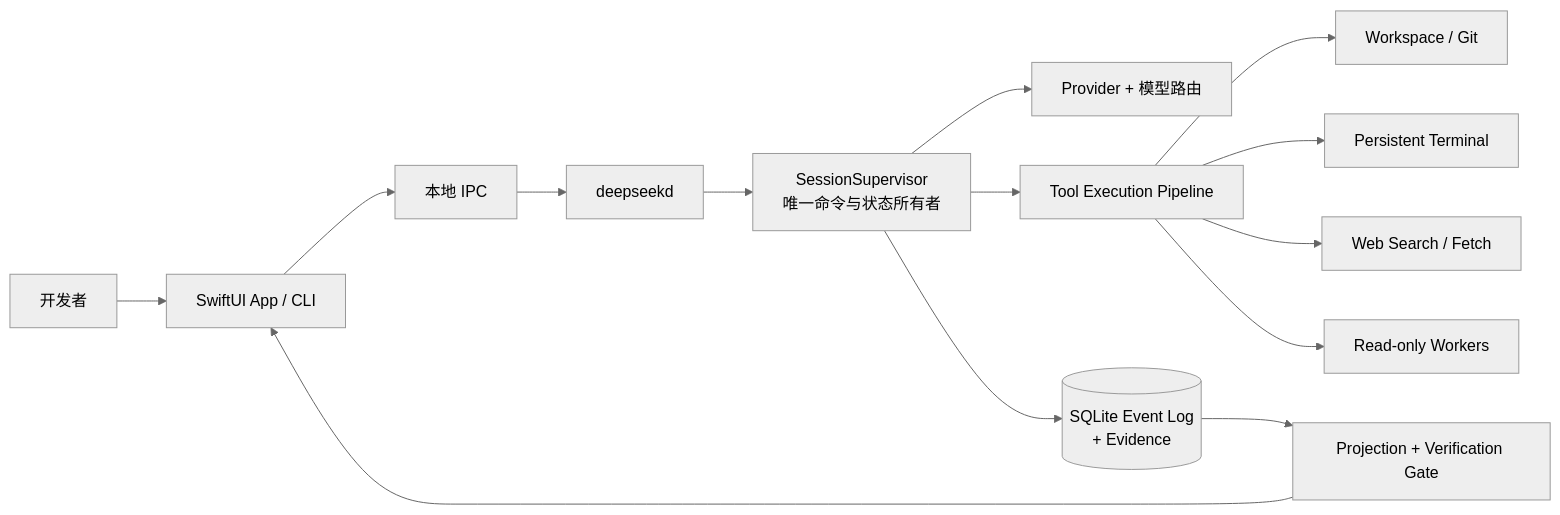
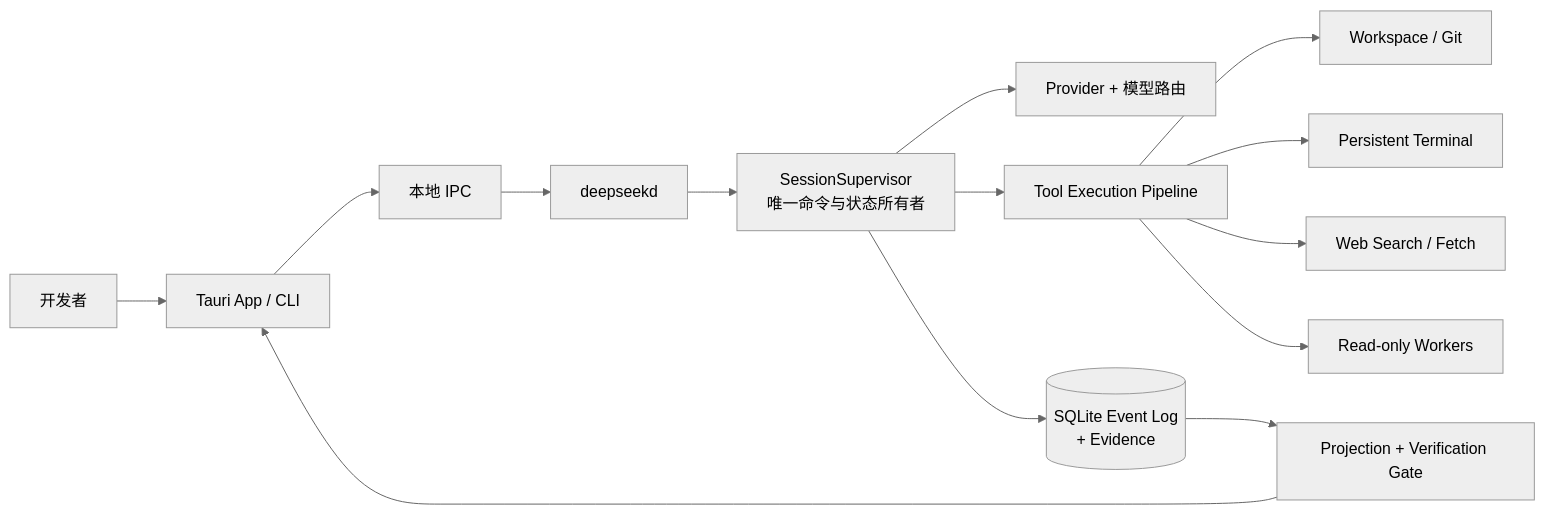
One commit to shidesheng0218/deepseek-code changed the first of 4 diagrams in README.md. Above: the diagram before and after it, drawn with Mermaid (neutral theme). The commit also changed other lines of this file and 29 other files, not shown here.

````diff
--- a/README.md
+++ b/README.md
@@ -30,16 +30,16 @@
 ```mermaid
 flowchart LR
-    U["开发者"] --> GUI["SwiftUI App / CLI"]
+    U["开发者"] --> GUI["Tauri App / CLI"]
     GUI --> IPC["本地 IPC"]
     IPC --> D["deepseekd"]
     D --> S["SessionSupervisor\n唯一命令与状态所有者"]
     S --> M["Provider + 模型路由"]
     S --> P["Tool Execution Pipeline"]
     P --> W["Workspace / Git"]
     P --> T["Persistent Terminal"]
     P --> R["Web Search / Fetch"]
     P --> A["Read-only Workers"]
     S --> E[("SQLite Event Log\n+ Evidence")]
     E --> V["Projection + Verification Gate"]
     V --> GUI
 ```
````
